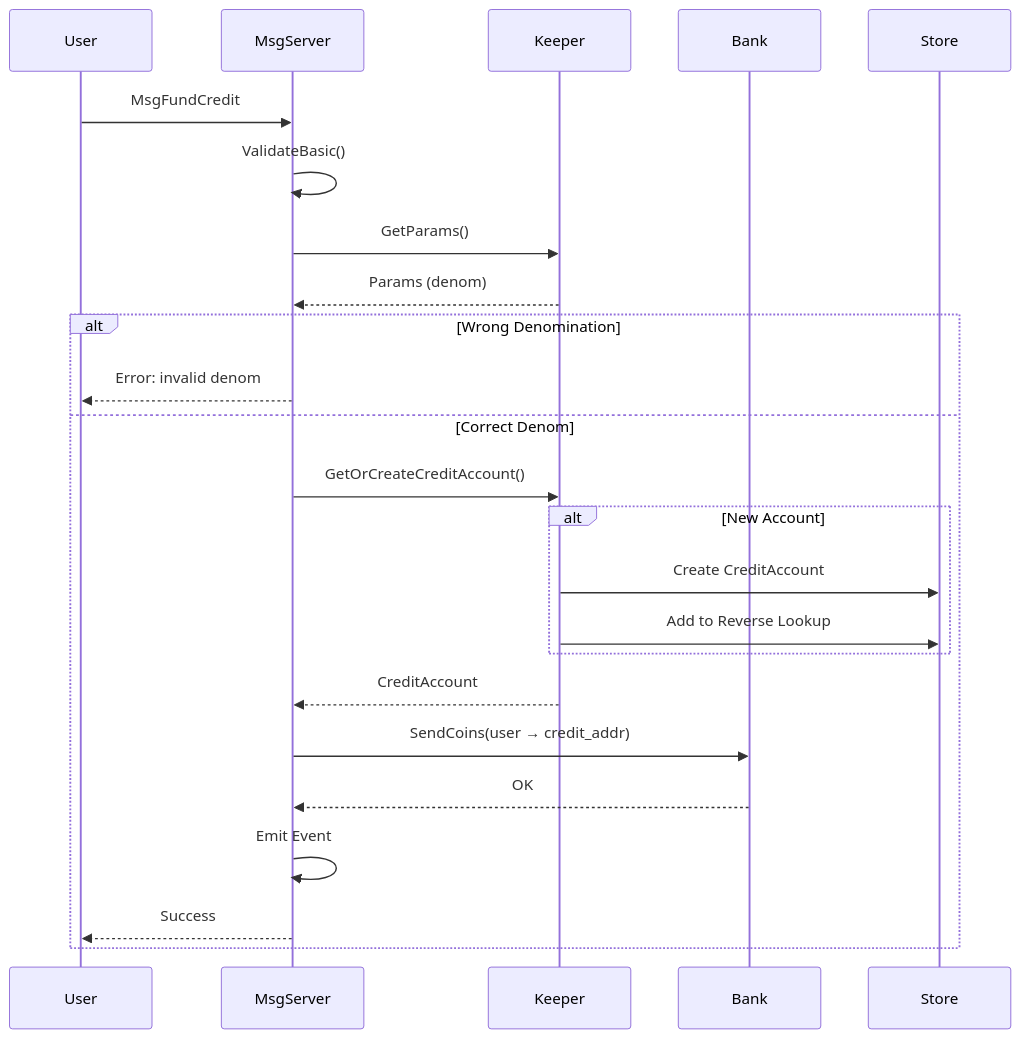
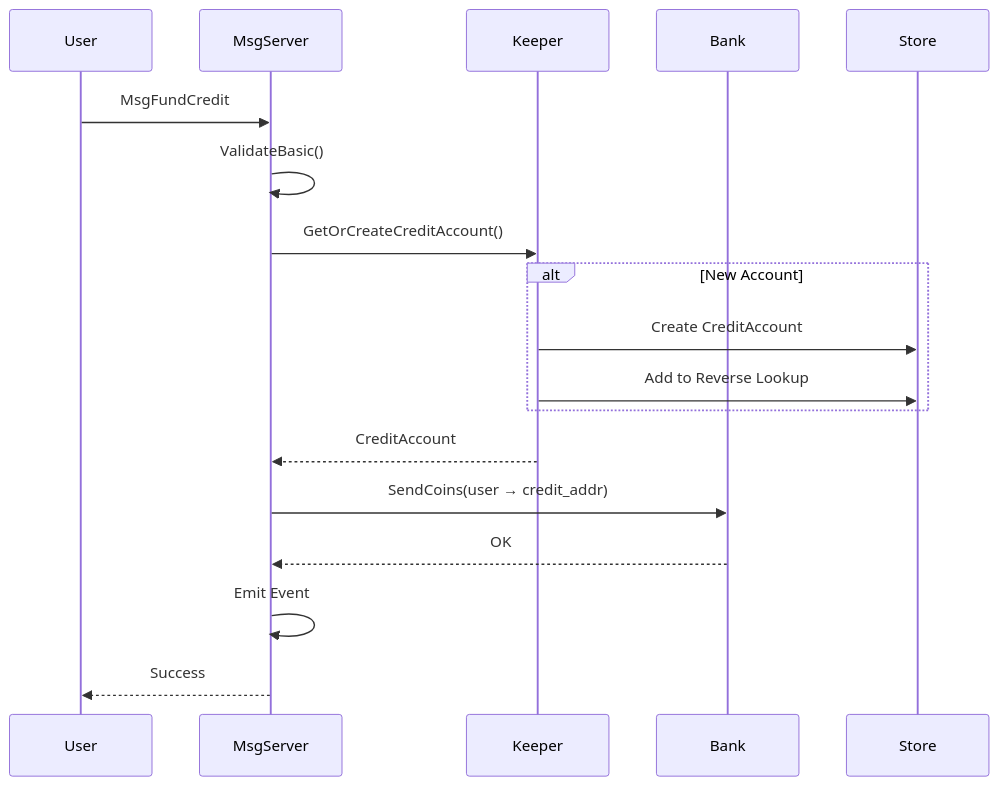
Before and after one commit to manifest-network/manifest-ledger: the fifth of 12 diagrams in x/billing/docs/ARCHITECTURE.md, drawn with Mermaid. The commit also changed other lines of this file and 26 other files, not shown here.

````diff
--- a/x/billing/docs/ARCHITECTURE.md
+++ b/x/billing/docs/ARCHITECTURE.md
@@ -161,28 +196,22 @@
 ```mermaid
 sequenceDiagram
     participant User
     participant MsgServer
     participant Keeper
     participant Bank
     participant Store
     
     User->>MsgServer: MsgFundCredit
     MsgServer->>MsgServer: ValidateBasic()
-    MsgServer->>Keeper: GetParams()
-    Keeper-->>MsgServer: Params (denom)
     
-    alt Wrong Denomination
-        MsgServer-->>User: Error: invalid denom
-    else Correct Denom
-        MsgServer->>Keeper: GetOrCreateCreditAccount()
-        alt New Account
-            Keeper->>Store: Create CreditAccount
-            Keeper->>Store: Add to Reverse Lookup
-        end
-        Keeper-->>MsgServer: CreditAccount
-        MsgServer->>Bank: SendCoins(user → credit_addr)
-        Bank-->>MsgServer: OK
-        MsgServer->>MsgServer: Emit Event
-        MsgServer-->>User: Success
+    MsgServer->>Keeper: GetOrCreateCreditAccount()
+    alt New Account
+        Keeper->>Store: Create CreditAccount
+        Keeper->>Store: Add to Reverse Lookup
     end
+    Keeper-->>MsgServer: CreditAccount
+    MsgServer->>Bank: SendCoins(user → credit_addr)
+    Bank-->>MsgServer: OK
+    MsgServer->>MsgServer: Emit Event
+    MsgServer-->>User: Success
 ```
````
